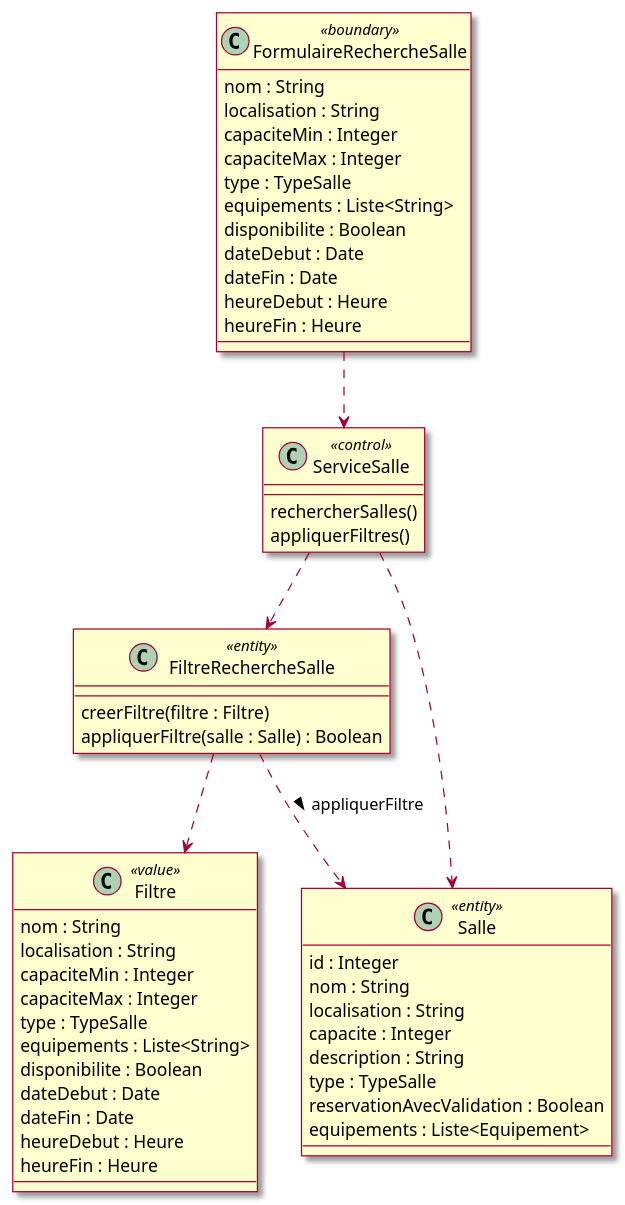
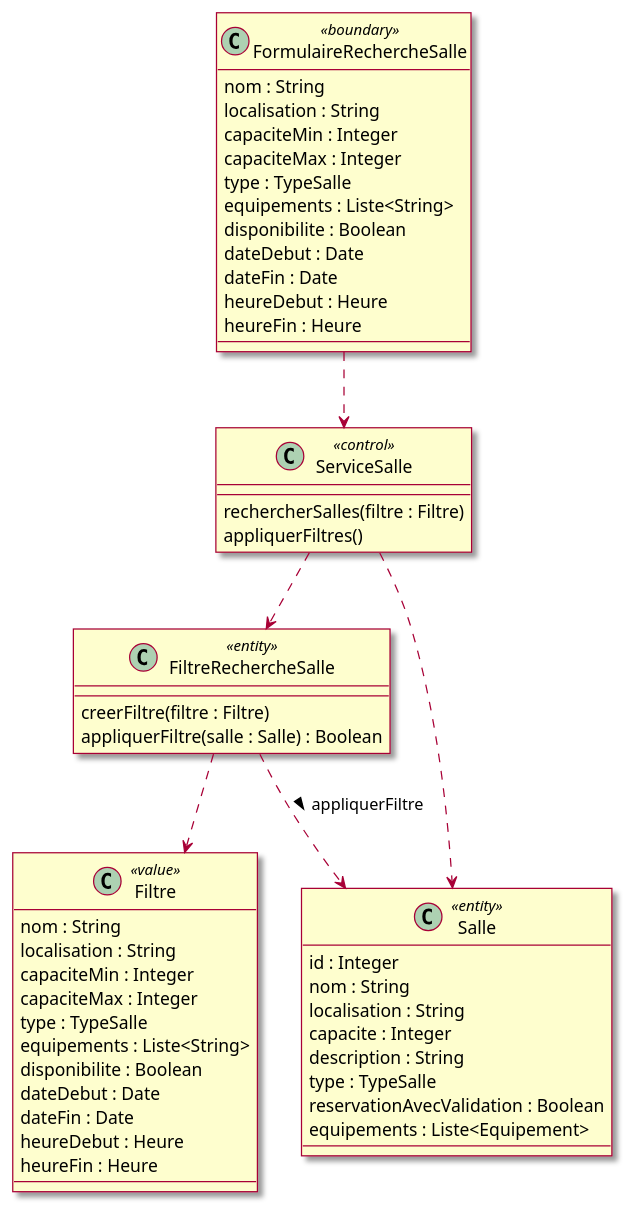
One commit to mrajaonson/glg204-room-management-system changed diagram 40 of 60 in docs/02-Analyse.md. Above: the diagram before and after it, drawn with PlantUML. The commit also changed other lines of this file and 4 other files, not shown here.

````diff
--- a/docs/02-Analyse.md
+++ b/docs/02-Analyse.md
@@ -1409,61 +1409,61 @@
 ```plantuml
 @startuml
 skin rose
 
 class FormulaireRechercheSalle <<boundary>> {
   nom : String
   localisation : String
   capaciteMin : Integer
   capaciteMax : Integer
   type : TypeSalle
   equipements : Liste<String>
   disponibilite : Boolean
   dateDebut : Date
   dateFin : Date
   heureDebut : Heure
   heureFin : Heure
 }
 
 class ServiceSalle <<control>> {
-  rechercherSalles()
+  rechercherSalles(filtre : Filtre)
   appliquerFiltres()
 }
 
 class Filtre <<value>> {
   nom : String
   localisation : String
   capaciteMin : Integer
   capaciteMax : Integer
   type : TypeSalle
   equipements : Liste<String>
   disponibilite : Boolean
   dateDebut : Date
   dateFin : Date
   heureDebut : Heure
   heureFin : Heure
 }
 
 class FiltreRechercheSalle <<entity>> {
   creerFiltre(filtre : Filtre)
   appliquerFiltre(salle : Salle) : Boolean
 }
 
 class Salle <<entity>> {
   id : Integer
   nom : String
   localisation : String
   capacite : Integer
   description : String
   type : TypeSalle
   reservationAvecValidation : Boolean
   equipements : Liste<Equipement>
 }
 
 FormulaireRechercheSalle ..> ServiceSalle
 ServiceSalle ..> FiltreRechercheSalle
 ServiceSalle ..> Salle
 FiltreRechercheSalle ..> Filtre
 FiltreRechercheSalle ..> Salle : > appliquerFiltre
 
 @enduml
 ```
````
